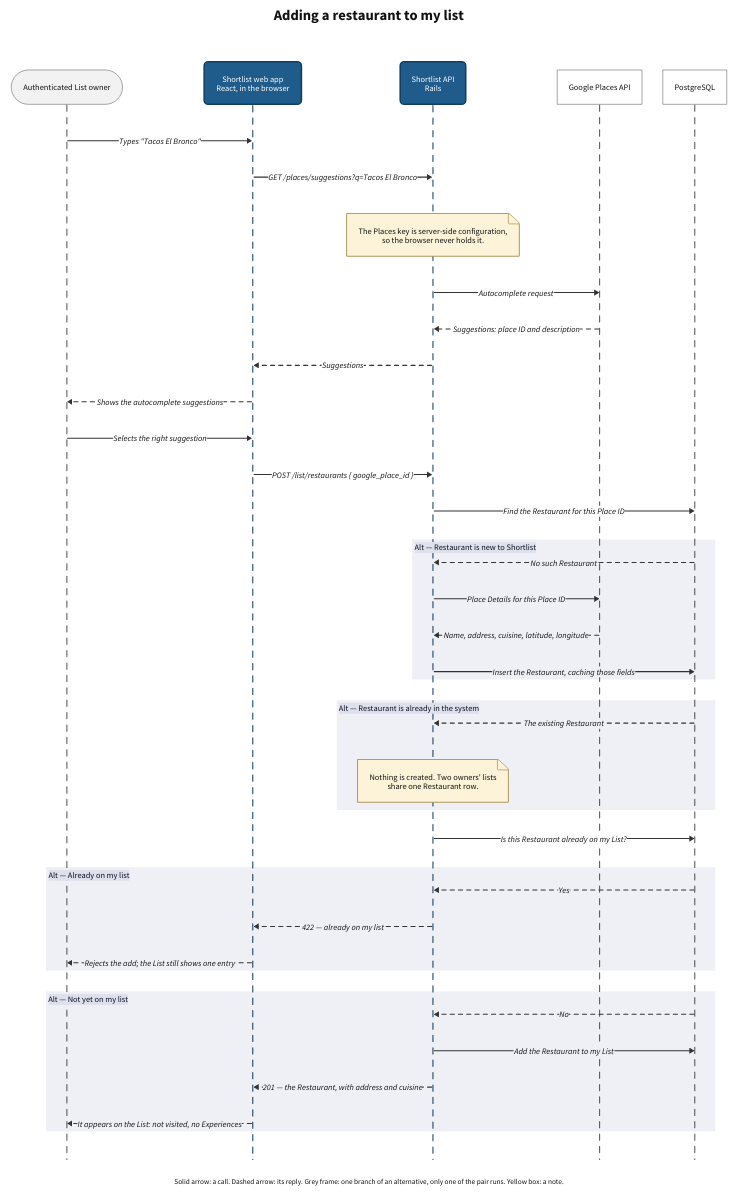
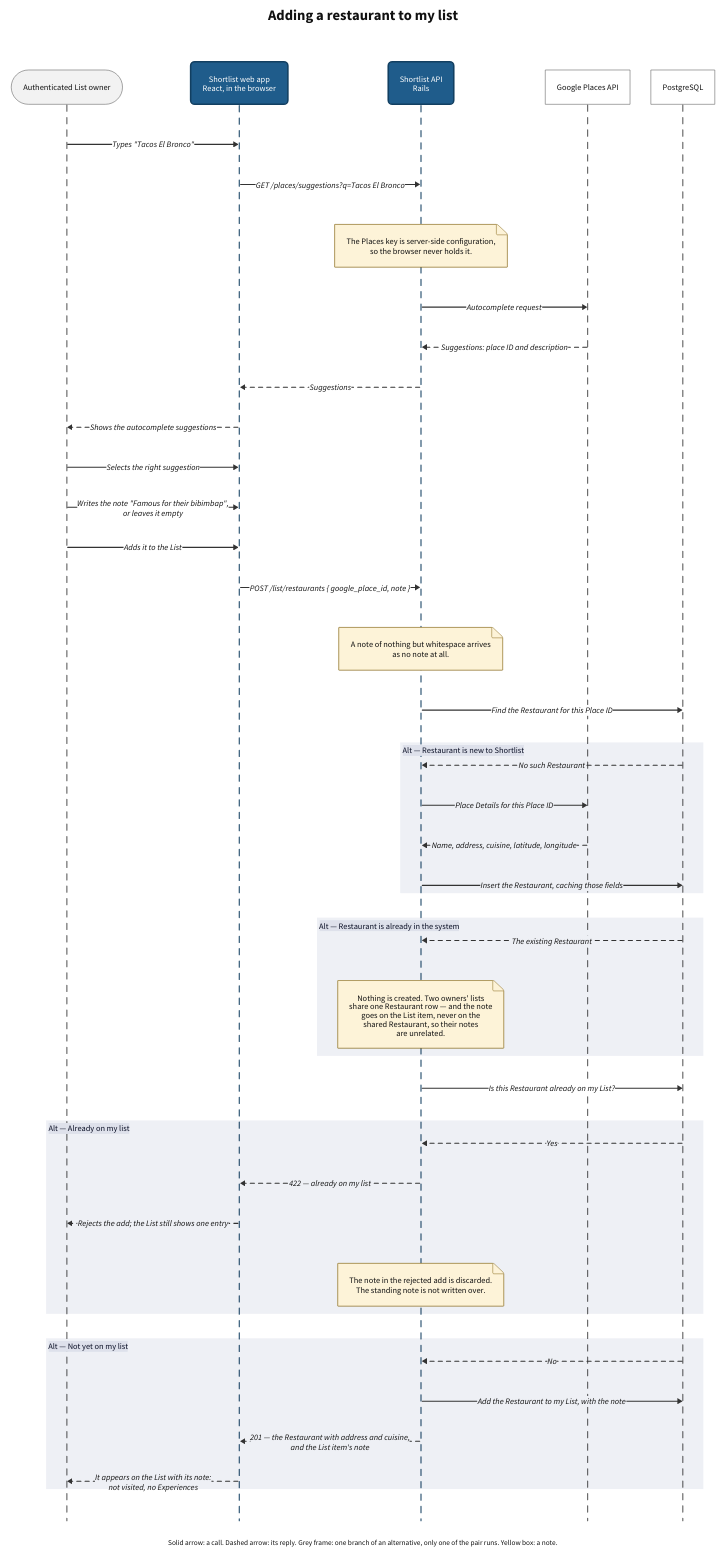
One commit to arches/shortlist changed the diagram in docs/features/0001_managing-my-list/managing-my-list.adding-a-restaurant.sequence.d2. Above: the diagram before and after it, drawn with D2. The commit also changed 6 other files, not shown here.

```diff
--- a/docs/features/0001_managing-my-list/managing-my-list.adding-a-restaurant.sequence.d2
+++ b/docs/features/0001_managing-my-list/managing-my-list.adding-a-restaurant.sequence.d2
@@ -1,150 +1,157 @@
 # alloy: none — the catalog has no sequence-diagram type. Authored at the owner's
 # direction without an entry, so `/alloy:fit` has nothing to check it against.
 #
 # Render: d2 docs/features/0001_managing-my-list/managing-my-list.adding-a-restaurant.sequence.d2 docs/features/0001_managing-my-list/managing-my-list.adding-a-restaurant.sequence.svg
 #
 # Covers the three add paths in managing-my-list.scenarios.md: the main path, the
-# restaurant already in the system, and the restaurant already on the list.
+# restaurant already in the system, and the restaurant already on the list. The
+# optional note the owner writes before adding rides along with the add.
 #
 # Labels use the quoted "line\nline" form, not |md| block strings: a markdown
 # label replaces the node's shape, which silently drops stroke and
 # border-radius and leaves a white box with no border.
 
 vars: {
   d2-config: {
     layout-engine: dagre
     theme-id: 0
     pad: 24
   }
 }
 
 # Paint the canvas, so dark text never lands on a host's dark background.
 style: {
   fill: "#ffffff"
 }
 
 # Fill and font-color are one decision, set together in every class below.
 classes: {
   actor: {
     style: {
       fill: "#f2f2f2"
       stroke: "#555555"
       stroke-width: 1
       border-radius: 40
       font-color: "#111111"
     }
   }
   subject: {
     style: {
       fill: "#1f5c8b"
       stroke: "#123f61"
       stroke-width: 3
       border-radius: 8
       font-color: "#ffffff"
     }
   }
   external: {
     style: {
       fill: "#ffffff"
       stroke: "#555555"
       stroke-width: 1
       font-color: "#111111"
     }
   }
   call: {
     style: {
       stroke: "#333333"
       stroke-width: 2
       font-color: "#111111"
     }
   }
   reply: {
     style: {
       stroke: "#333333"
       stroke-width: 2
       stroke-dash: 4
       font-color: "#111111"
     }
   }
   note: {
     style: {
       fill: "#fdf3d8"
       stroke: "#8a6d1f"
       stroke-width: 1
       font-color: "#111111"
     }
   }
 }
 
 title: "Adding a restaurant to my list" {
   near: top-center
   shape: text
   style: {
     font-size: 28
     bold: true
     font-color: "#111111"
   }
 }
 
 legend: "Solid arrow: a call.   Dashed arrow: its reply.   Grey frame: one branch of an alternative, only one of the pair runs.   Yellow box: a note." {
   near: bottom-center
   shape: text
   style: {
     font-size: 14
     font-color: "#111111"
   }
 }
 
 seq: "" {
   shape: sequence_diagram
 
   owner: "Authenticated List owner" {class: actor}
   app: "Shortlist web app\nReact, in the browser" {class: subject}
   api: "Shortlist API\nRails" {class: subject}
   places: "Google Places API" {class: external}
   db: "PostgreSQL" {class: external}
 
   owner -> app: "Types \"Tacos El Bronco\"" {class: call}
 
   app -> api: "GET /places/suggestions?q=Tacos El Bronco" {class: call}
 
   api."The Places key is server-side configuration,\nso the browser never holds it." {class: note}
 
   api -> places: "Autocomplete request" {class: call}
   places -> api: "Suggestions: place ID and description" {class: reply}
   api -> app: "Suggestions" {class: reply}
   app -> owner: "Shows the autocomplete suggestions" {class: reply}
 
   owner -> app: "Selects the right suggestion" {class: call}
-  app -> api: "POST /list/restaurants { google_place_id }" {class: call}
+  owner -> app: "Writes the note \"Famous for their bibimbap\",\nor leaves it empty" {class: call}
+  owner -> app: "Adds it to the List" {class: call}
+  app -> api: "POST /list/restaurants { google_place_id, note }" {class: call}
+
+  api."A note of nothing but whitespace arrives\nas no note at all." {class: note}
 
   api -> db: "Find the Restaurant for this Place ID" {class: call}
 
   "Alt — Restaurant is new to Shortlist": {
     db -> api: "No such Restaurant" {class: reply}
     api -> places: "Place Details for this Place ID" {class: call}
     places -> api: "Name, address, cuisine, latitude, longitude" {class: reply}
     api -> db: "Insert the Restaurant, caching those fields" {class: call}
   }
 
   "Alt — Restaurant is already in the system": {
     db -> api: "The existing Restaurant" {class: reply}
 
-    api."Nothing is created. Two owners' lists\nshare one Restaurant row." {class: note}
+    api."Nothing is created. Two owners' lists\nshare one Restaurant row — and the note\ngoes on the List item, never on the\nshared Restaurant, so their notes\nare unrelated." {class: note}
   }
 
   api -> db: "Is this Restaurant already on my List?" {class: call}
 
   "Alt — Already on my list": {
     db -> api: "Yes" {class: reply}
     api -> app: "422 — already on my list" {class: reply}
     app -> owner: "Rejects the add; the List still shows one entry" {class: reply}
+
+    api."The note in the rejected add is discarded.\nThe standing note is not written over." {class: note}
   }
 
   "Alt — Not yet on my list": {
     db -> api: "No" {class: reply}
-    api -> db: "Add the Restaurant to my List" {class: call}
-    api -> app: "201 — the Restaurant, with address and cuisine" {class: reply}
-    app -> owner: "It appears on the List: not visited, no Experiences" {class: reply}
+    api -> db: "Add the Restaurant to my List, with the note" {class: call}
+    api -> app: "201 — the Restaurant with address and cuisine,\nand the List item's note" {class: reply}
+    app -> owner: "It appears on the List with its note:\nnot visited, no Experiences" {class: reply}
   }
 }
```
